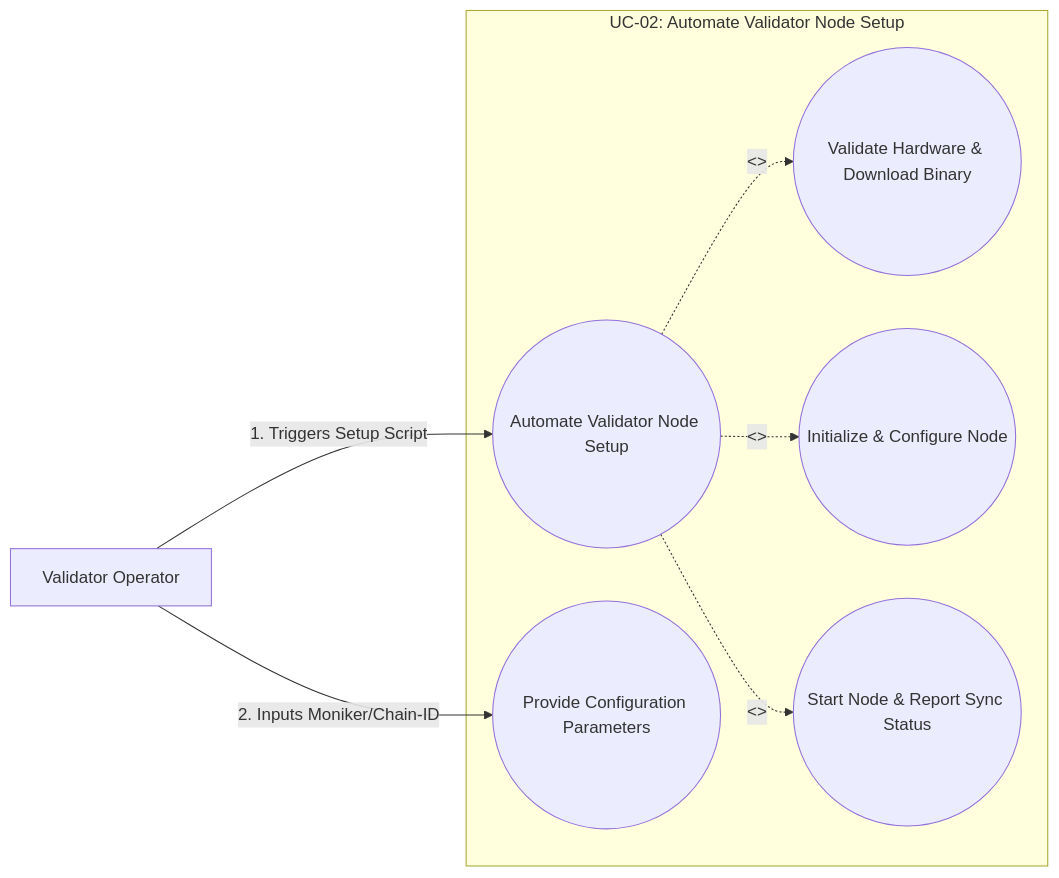
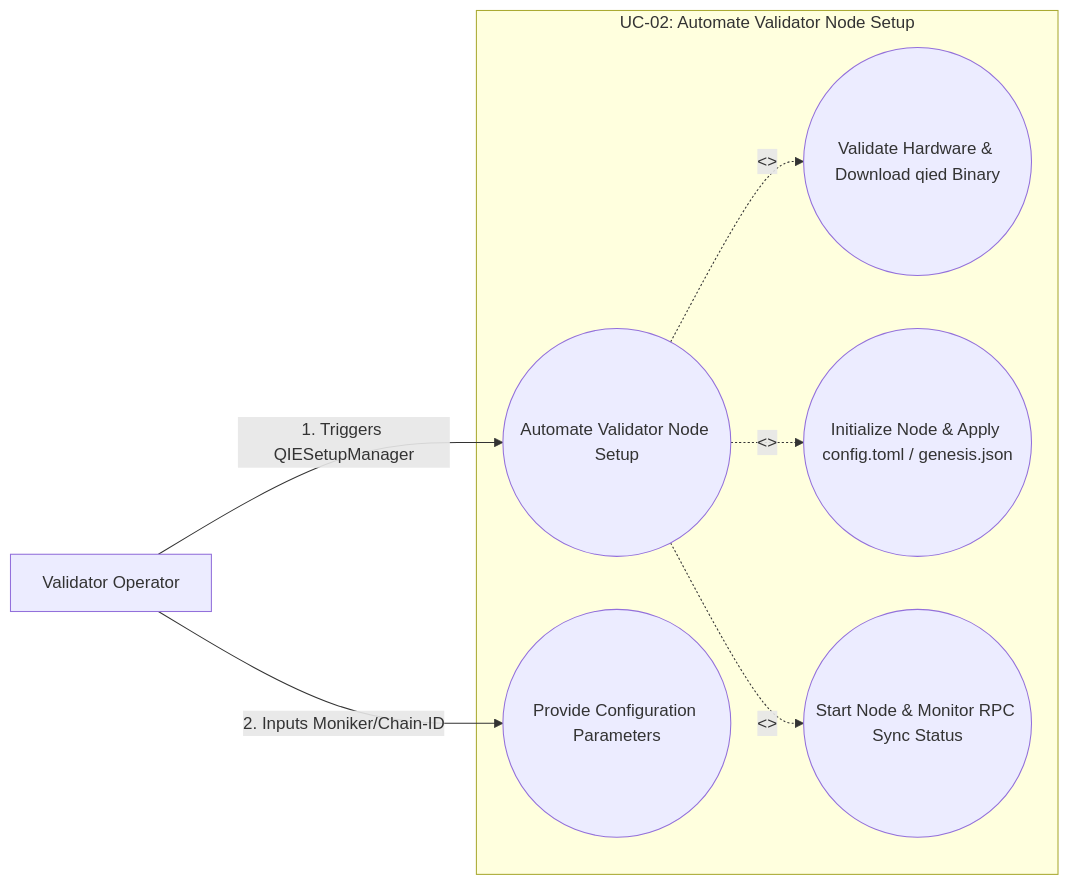
Before and after one commit to sheikhrehanseo/ValiGuard-Project-Main: the second of 23 diagrams in ValiGuard_Docs/ValiGuard_AI_Phase_1_Documentation.md, drawn with Mermaid. The commit also changed other lines of this file and 16 other files, not shown here.

````diff
--- a/ValiGuard_Docs/ValiGuard_AI_Phase_1_Documentation.md
+++ b/ValiGuard_Docs/ValiGuard_AI_Phase_1_Documentation.md
@@ -329,26 +329,26 @@
 ```mermaid
 flowchart LR
 
 %% Actor
 Operator[Validator Operator]
 
 %% System Boundary
 subgraph UC02["UC-02: Automate Validator Node Setup"]
 
     UC02_Main(("Automate Validator Node Setup"))
     UC02_Step1(("Provide Configuration Parameters"))
-    UC02_Step2(("Validate Hardware & Download Binary"))
-    UC02_Step3(("Initialize & Configure Node"))
-    UC02_Step4(("Start Node & Report Sync Status"))
+    UC02_Step2(("Validate Hardware & Download qied Binary"))
+    UC02_Step3(("Initialize Node & Apply config.toml / genesis.json"))
+    UC02_Step4(("Start Node & Monitor RPC Sync Status"))
 
 end
 
 %% Actor Connections
-Operator -->|"1. Triggers Setup Script"| UC02_Main
+Operator -->|"1. Triggers QIESetupManager"| UC02_Main
 Operator -->|"2. Inputs Moniker/Chain-ID"| UC02_Step1
 
 %% Include Relationships
 UC02_Main -. "<<include>>" .-> UC02_Step2
 UC02_Main -. "<<include>>" .-> UC02_Step3
 UC02_Main -. "<<include>>" .-> UC02_Step4
 ```
````
